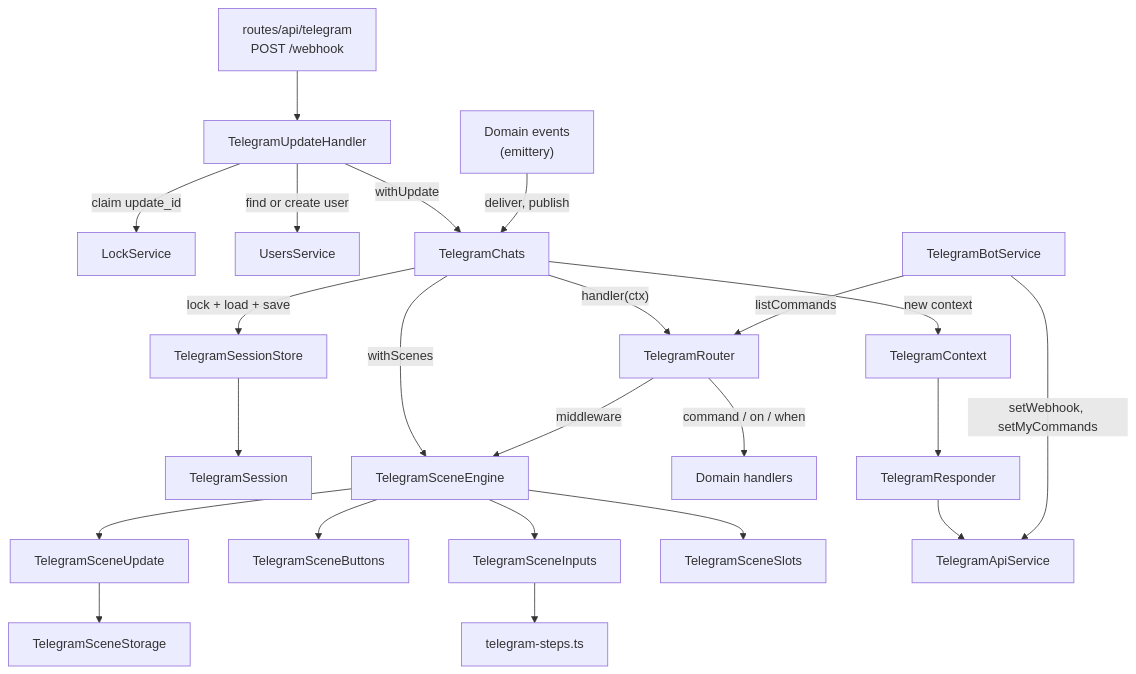
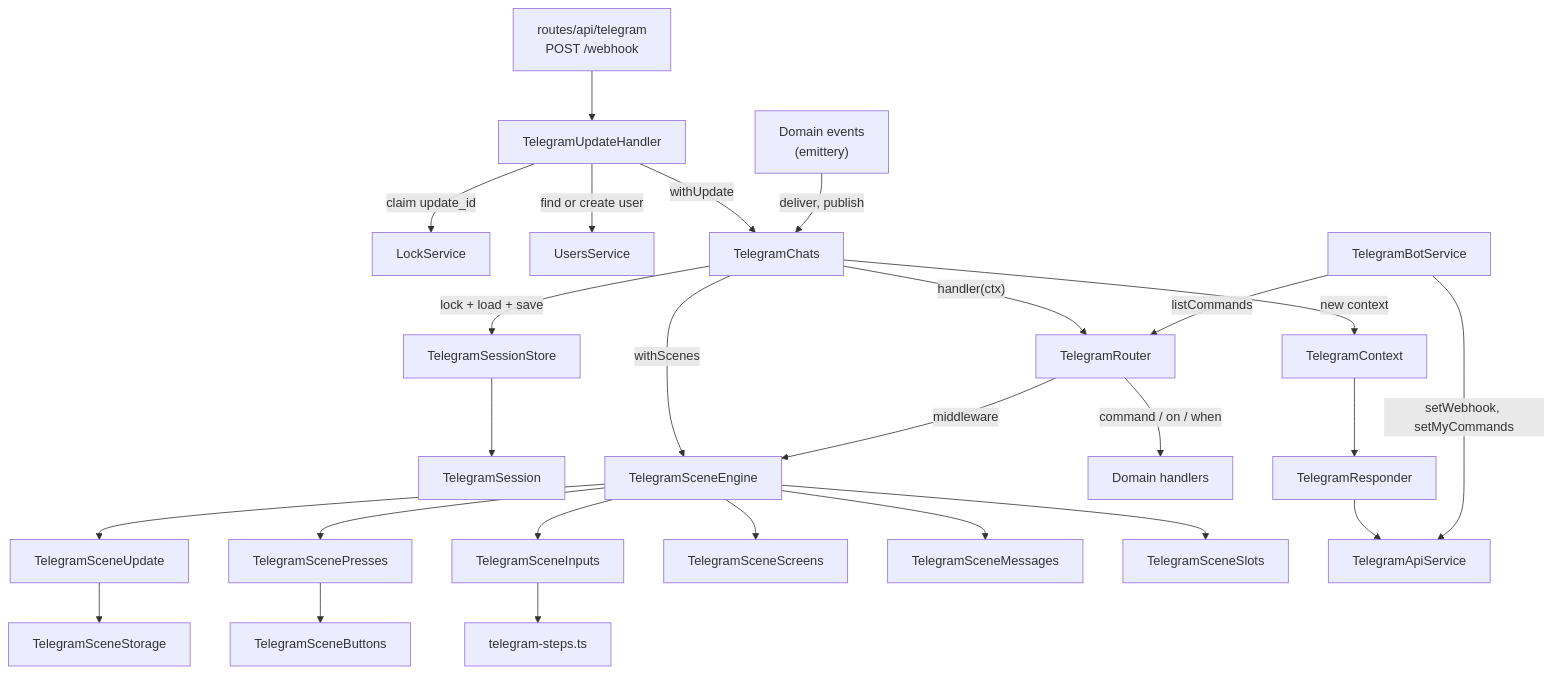
Before and after one commit to ayuvlasenko/smart-assistant: the first of 6 diagrams in apps/server/src/plugins/app/telegram/README.md, drawn with Mermaid. The commit also changed other lines of this file and 11 other files, not shown here.

````diff
--- a/apps/server/src/plugins/app/telegram/README.md
+++ b/apps/server/src/plugins/app/telegram/README.md
@@ -190,31 +234,34 @@
 ```mermaid
 flowchart TD
     route["routes/api/telegram<br/>POST /webhook"] --> handler[TelegramUpdateHandler]
     handler -->|"claim update_id"| lock[LockService]
     handler -->|"find or create user"| users[UsersService]
     handler -->|withUpdate| chats[TelegramChats]
 
     chats -->|"lock + load + save"| sessions[TelegramSessionStore]
     sessions --> session[TelegramSession]
     chats -->|"new context"| ctx[TelegramContext]
     chats -->|withScenes| engine[TelegramSceneEngine]
     chats -->|"handler(ctx)"| router[TelegramRouter]
 
     router -->|"middleware"| engine
     router -->|"command / on / when"| domain["Domain handlers"]
 
     engine --> update[TelegramSceneUpdate]
     update --> storage[TelegramSceneStorage]
-    engine --> buttons[TelegramSceneButtons]
+    engine --> presses[TelegramScenePresses]
+    presses --> buttons[TelegramSceneButtons]
     engine --> inputs[TelegramSceneInputs]
+    engine --> screens[TelegramSceneScreens]
+    engine --> messages[TelegramSceneMessages]
     engine --> slots[TelegramSceneSlots]
     inputs --> steps["telegram-steps.ts"]
 
     ctx --> responder[TelegramResponder]
     responder --> api[TelegramApiService]
 
     domainEvents["Domain events<br/>(emittery)"] -->|"deliver, publish"| chats
 
     bot[TelegramBotService] -->|"setWebhook, setMyCommands"| api
     bot -->|listCommands| router
 ```
````
